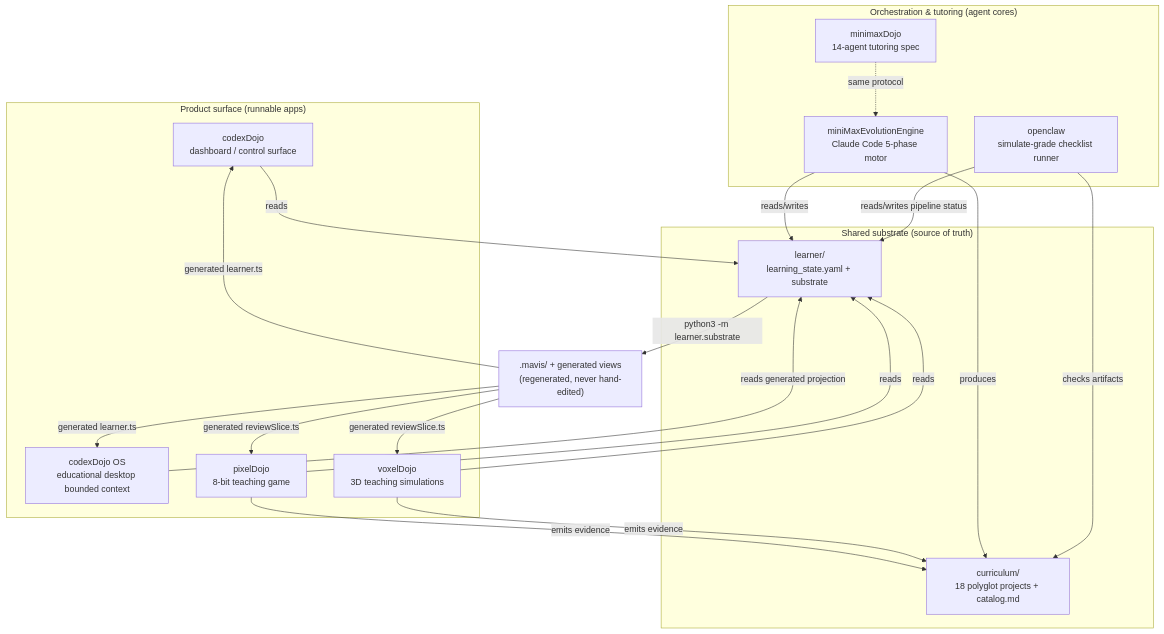
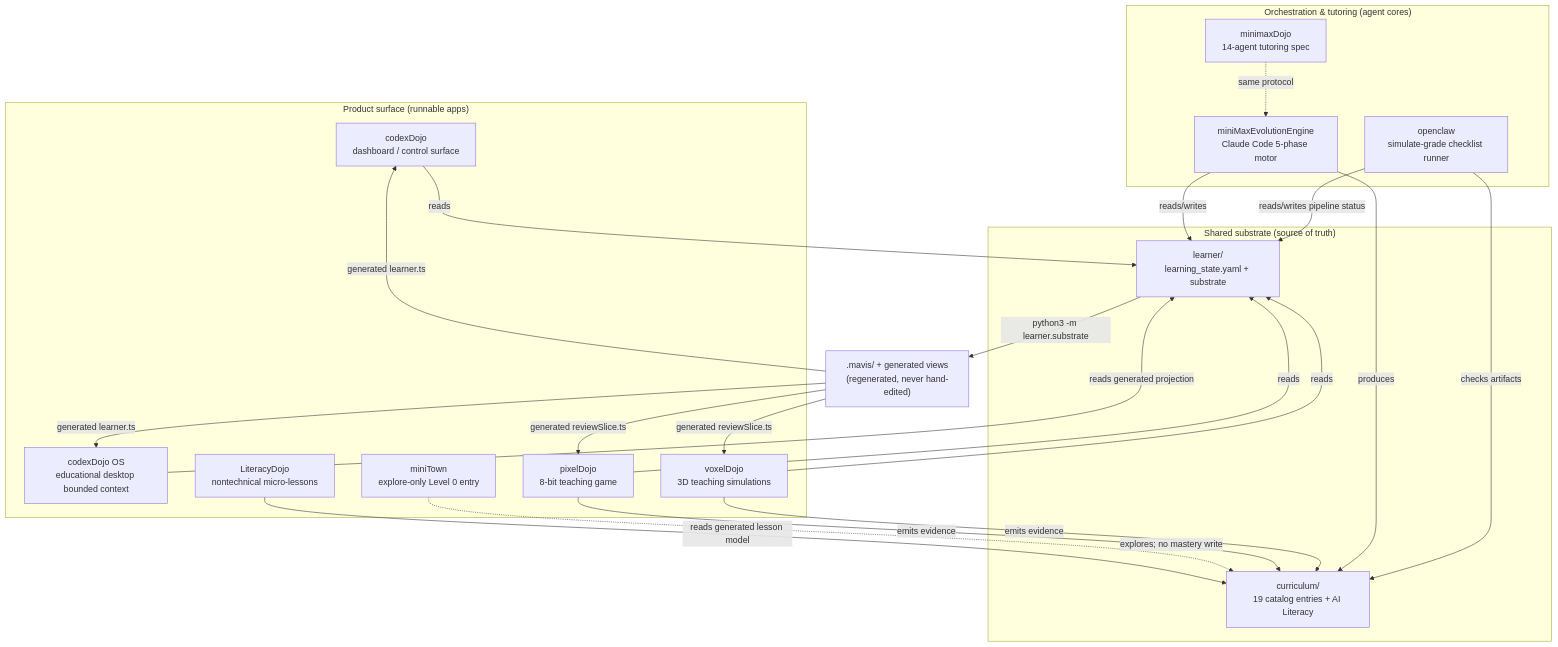
Before and after one commit to dandpb/aidevschool: the first of 4 diagrams in docs/handbook/01_architecture.md, drawn with Mermaid. The commit also changed other lines of this file and 33 other files, not shown here.

First line of the commit message:
docs: register literacyDojo and unify engine status vocabulary

````diff
--- a/docs/handbook/01_architecture.md
+++ b/docs/handbook/01_architecture.md
@@ -24,36 +32,40 @@
 ```mermaid
 flowchart TB
     subgraph surface["Product surface (runnable apps)"]
         codex["codexDojo<br/>dashboard / control surface"]
         os["codexDojo OS<br/>educational desktop bounded context"]
+        literacy["LiteracyDojo<br/>nontechnical micro-lessons"]
+        town["miniTown<br/>explore-only Level 0 entry"]
         pixel["pixelDojo<br/>8-bit teaching game"]
         voxel["voxelDojo<br/>3D teaching simulations"]
     end
     subgraph orchestration["Orchestration & tutoring (agent cores)"]
         mmee["miniMaxEvolutionEngine<br/>Claude Code 5-phase motor"]
         mmd["minimaxDojo<br/>14-agent tutoring spec"]
         openclaw["openclaw<br/>simulate-grade checklist runner"]
     end
     subgraph substrate["Shared substrate (source of truth)"]
         learner["learner/<br/>learning_state.yaml + substrate"]
-        curriculum["curriculum/<br/>18 polyglot projects + catalog.md"]
+        curriculum["curriculum/<br/>19 catalog entries + AI Literacy"]
     end
     derived[".mavis/ + generated views<br/>(regenerated, never hand-edited)"]
 
     codex -->|reads| learner
     os -->|reads generated projection| learner
+    literacy -->|reads generated lesson model| curriculum
+    town -.->|explores; no mastery write| curriculum
     pixel -->|reads| learner
     pixel -->|emits evidence| curriculum
     voxel -->|reads| learner
     voxel -->|emits evidence| curriculum
     mmee -->|reads/writes| learner
     mmee -->|produces| curriculum
     mmd -.->|same protocol| mmee
     openclaw -->|reads/writes pipeline status| learner
     openclaw -->|checks artifacts| curriculum
     learner -->|python3 -m learner.substrate| derived
     derived -->|generated learner.ts| codex
     derived -->|generated learner.ts| os
     derived -->|generated reviewSlice.ts| pixel
     derived -->|generated reviewSlice.ts| voxel
 ```
````
